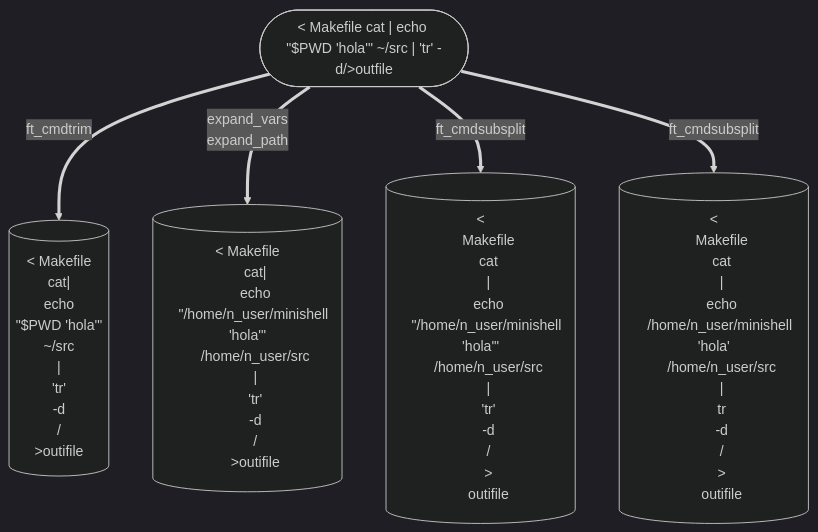
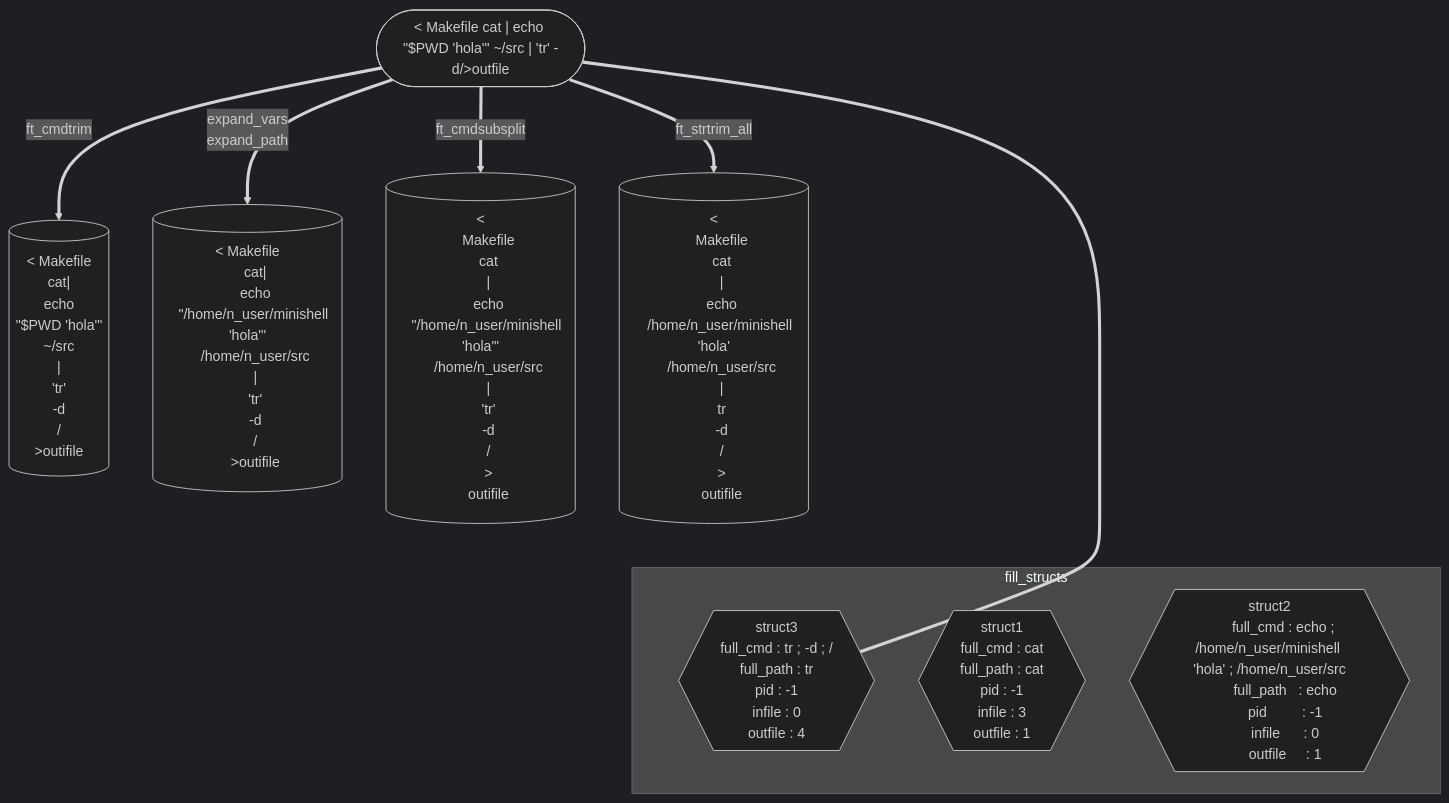
One commit to faleite/42_minishell changed the first of 2 diagrams in dcs/README.md. Above: the diagram before and after it, drawn with Mermaid. The commit also changed 2 other files, not shown here.

Commit message:
Added description external functions

````diff
--- a/dcs/README.md
+++ b/dcs/README.md
@@ -2,56 +2,81 @@
 ```mermaid
-%%{ init: { 'theme': 'dark' } }%%
+---
+noteAlign: left
+---
+%%{ init: { "theme": 'dark', "nodeAlignment": 'left' } }%%
 graph TB
     A(["< Makefile cat | echo #quot;$PWD 'hola'#quot; ~/src | 'tr' -d/>outfile"])
     B[("< Makefile
     cat|
     echo
     #quot;$PWD 'hola'#quot;
     ~/src
     |
     'tr'
     -d
     /
     >outifile")]
     C[("< Makefile
     cat|
     echo
     #quot;/home/n_user/minishell 'hola'#quot;
     /home/n_user/src
     |
     'tr'
     -d
     /
     >outifile")]
     D[("<
     Makefile
     cat
     |
     echo
     #quot;/home/n_user/minishell 'hola'#quot;
     /home/n_user/src
     |
     'tr'
     -d
     /
     >
     outifile")]
     E[("<
     Makefile
     cat
     |
     echo
     /home/n_user/minishell 'hola'
     /home/n_user/src
     |
     tr
     -d
     /
     >
     outifile")]
     A ==ft_cmdtrim==> B
     A =="expand_vars
     expand_path"==> C
     A ==ft_cmdsubsplit==> D
-    A ==ft_cmdsubsplit==> E
+    A ==ft_strtrim_all==> E
+    E ~~~ H
+    A === H
+    subgraph fill_structs
+        F{{"struct1
+        full_cmd : cat
+        full_path   : cat
+        pid         : -1
+        infile      : 3
+        outfile     : 1"}}
+        G{{"struct2
+        full_cmd : echo ; /home/n_user/minishell 'hola' ; /home/n_user/src
+        full_path   : echo
+        pid         : -1
+        infile      : 0
+        outfile     : 1"}}
+        H{{"struct3
+        full_cmd : tr ; -d ; /
+        full_path   : tr
+        pid         : -1
+        infile      : 0
+        outfile     : 4"}}
+    end
 ```
````
